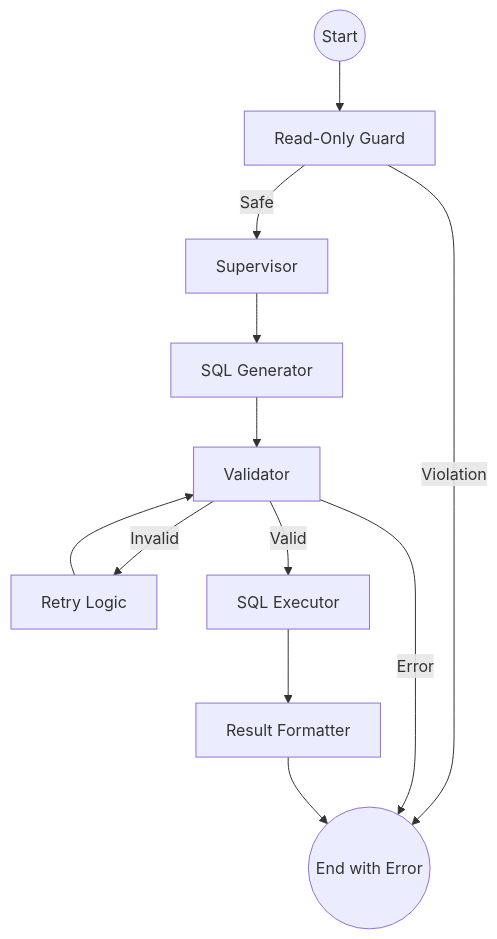
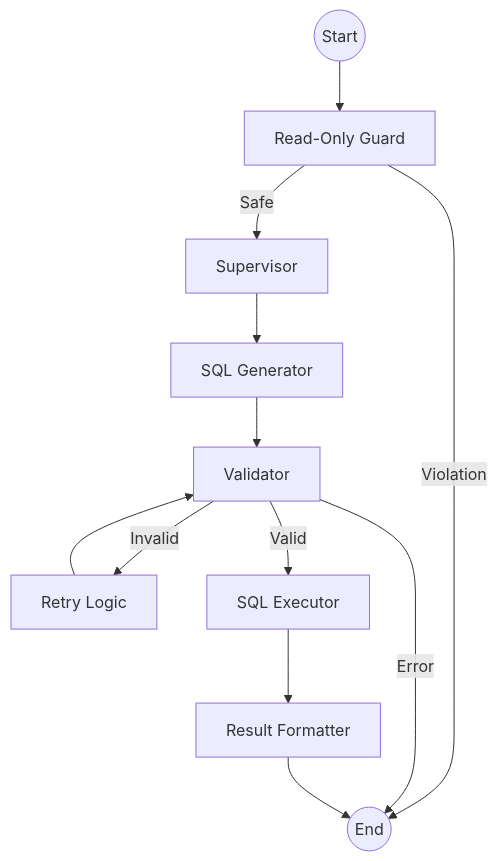
Before and after one commit to Darshan273/SQL-RAG-text2sql: the diagram in README.md, drawn with Mermaid.

Commit message:
Modify flowchart in README to simplify end node
Updated the flowchart to remove 'End with Error' label.

````diff
--- a/README.md
+++ b/README.md
@@ -55,18 +55,18 @@
 ```mermaid
 graph TD
     START((Start)) --> RG[Read-Only Guard]
     RG -- Safe --> SUP[Supervisor]
-    RG -- Violation --> END((End with Error))
+    RG -- Violation --> END((End))
     
     SUP --> GEN[SQL Generator]
     GEN --> VAL[Validator]
     
     VAL -- Invalid --> RET[Retry Logic]
     RET --> VAL
     
     VAL -- Valid --> EXE[SQL Executor]
     VAL -- Error --> END
     
     EXE --> FMT[Result Formatter]
     FMT --> END
 ```
````
